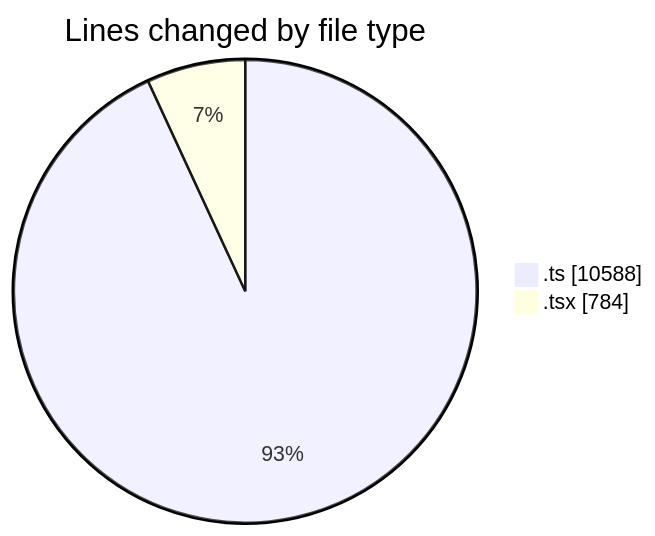
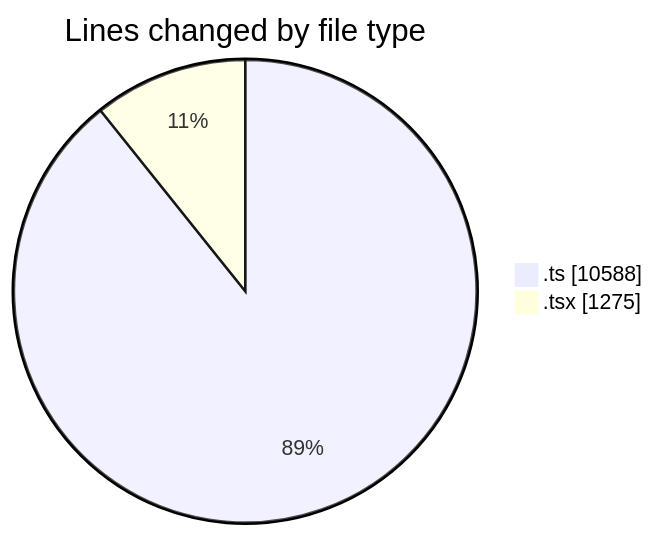
The first of 2 diagrams in 2025-06-11/cda/README.md (momahboobian/code-tracking), drawn with Mermaid before and after one commit. The commit also changed other lines of this file and 1 other file, not shown here.

````diff
--- a/2025-06-11/cda/README.md
+++ b/2025-06-11/cda/README.md
@@ -27,6 +28,6 @@
 ```mermaid
 pie showData
 title Lines changed by file type
 ".ts" : 10588
-".tsx" : 784
+".tsx" : 1275
 ```
````
